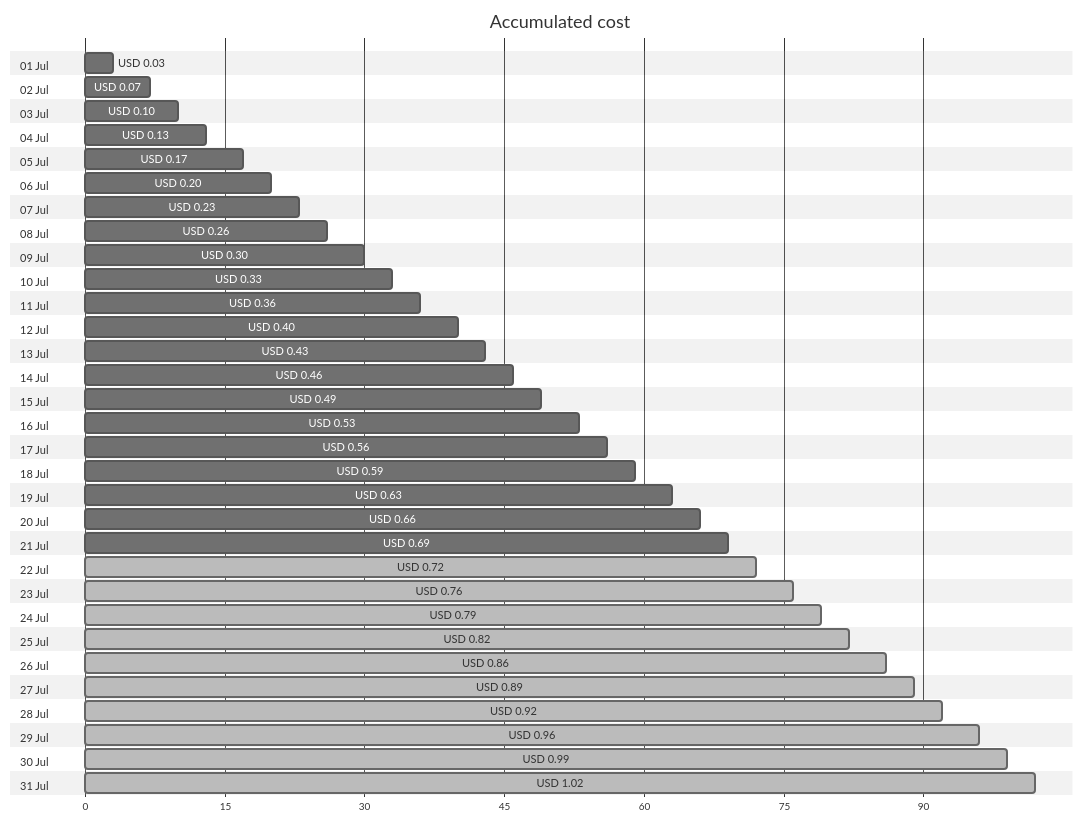
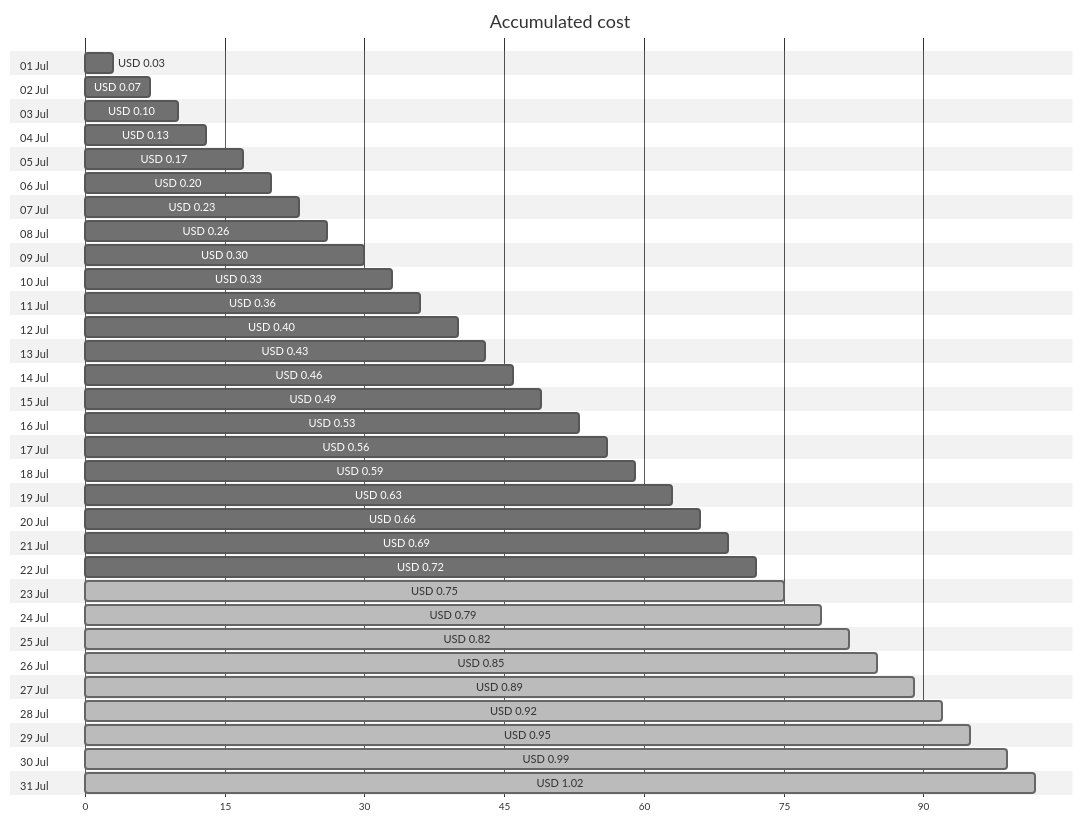
The first of 4 diagrams in cost-reports/personal-dns/README.md (jpfulton/azure-personal-reports), drawn with Mermaid (neutral theme) before and after one commit. The commit also changed other lines of this file and 2 other files, not shown here.

````diff
--- a/cost-reports/personal-dns/README.md
+++ b/cost-reports/personal-dns/README.md
@@ -20,68 +20,68 @@
 ```mermaid
 gantt
    title Accumulated cost
    dateFormat  X
    axisFormat %s
    section 01 Jul
    USD 0.03 :0, 3
    section 02 Jul
    USD 0.07 :0, 7
    section 03 Jul
    USD 0.10 :0, 10
    section 04 Jul
    USD 0.13 :0, 13
    section 05 Jul
    USD 0.17 :0, 17
    section 06 Jul
    USD 0.20 :0, 20
    section 07 Jul
    USD 0.23 :0, 23
    section 08 Jul
    USD 0.26 :0, 26
    section 09 Jul
    USD 0.30 :0, 30
    section 10 Jul
    USD 0.33 :0, 33
    section 11 Jul
    USD 0.36 :0, 36
    section 12 Jul
    USD 0.40 :0, 40
    section 13 Jul
    USD 0.43 :0, 43
    section 14 Jul
    USD 0.46 :0, 46
    section 15 Jul
    USD 0.49 :0, 49
    section 16 Jul
    USD 0.53 :0, 53
    section 17 Jul
    USD 0.56 :0, 56
    section 18 Jul
    USD 0.59 :0, 59
    section 19 Jul
    USD 0.63 :0, 63
    section 20 Jul
    USD 0.66 :0, 66
    section 21 Jul
    USD 0.69 :0, 69
    section 22 Jul
-   USD 0.72 : done, 0, 72
+   USD 0.72 :0, 72
    section 23 Jul
-   USD 0.76 : done, 0, 76
+   USD 0.75 : done, 0, 75
    section 24 Jul
    USD 0.79 : done, 0, 79
    section 25 Jul
    USD 0.82 : done, 0, 82
    section 26 Jul
-   USD 0.86 : done, 0, 86
+   USD 0.85 : done, 0, 85
    section 27 Jul
    USD 0.89 : done, 0, 89
    section 28 Jul
    USD 0.92 : done, 0, 92
    section 29 Jul
-   USD 0.96 : done, 0, 96
+   USD 0.95 : done, 0, 95
    section 30 Jul
    USD 0.99 : done, 0, 99
    section 31 Jul
    USD 1.02 : done, 0, 102
 ```
````
